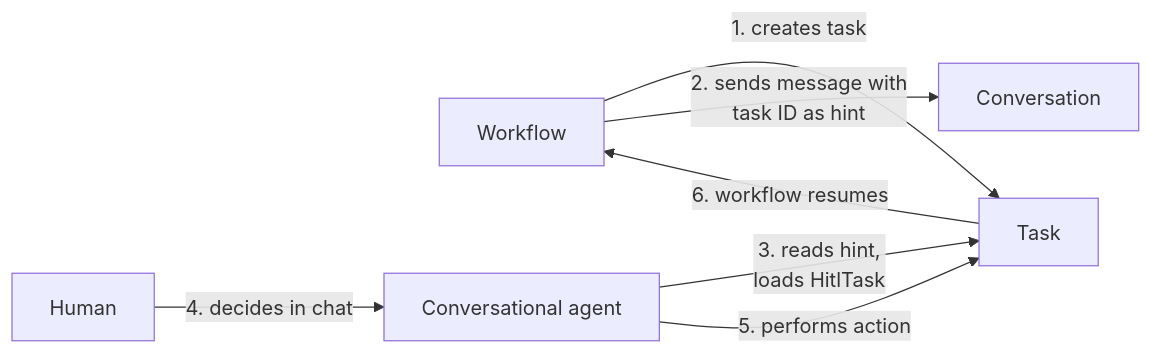
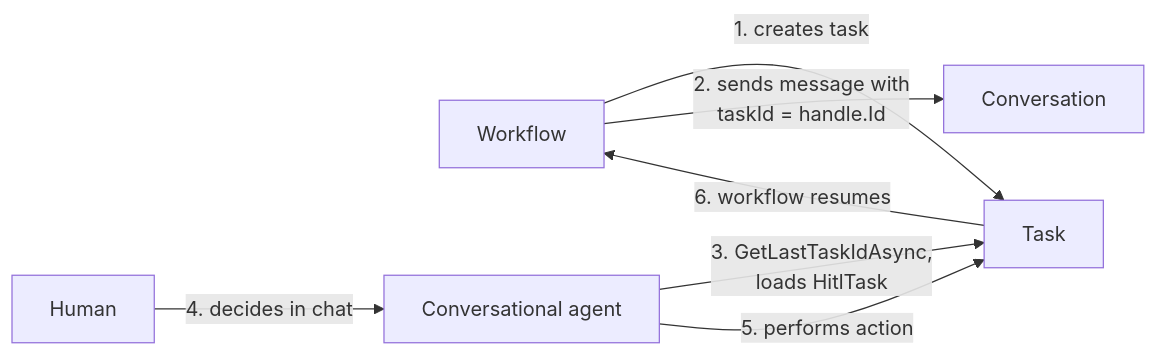
One commit to XiansAiPlatform/XiansAi.Docs changed the second of 2 diagrams in docs/concepts/hitl-tasks.md. Above: the diagram before and after it, drawn with Mermaid. The commit also changed other lines of this file and 10 other files, not shown here.

````diff
--- a/docs/concepts/hitl-tasks.md
+++ b/docs/concepts/hitl-tasks.md
@@ -118,9 +118,9 @@
 ```mermaid
 graph LR
     W[Workflow] -->|1. creates task| T[Task]
-    W -->|2. sends message with<br/>task ID as hint| C[Conversation]
-    A[Conversational agent] -->|3. reads hint,<br/>loads HitlTask| T
+    W -->|2. sends message with<br/>taskId = handle.Id| C[Conversation]
+    A[Conversational agent] -->|3. GetLastTaskIdAsync,<br/>loads HitlTask| T
     H[Human] -->|4. decides in chat| A
     A -->|5. performs action| T
     T -->|6. workflow resumes| W
 ```
````
